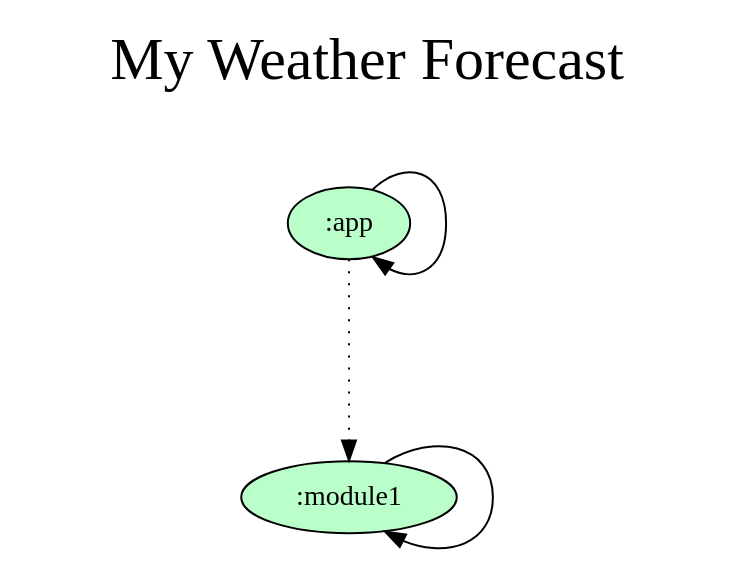
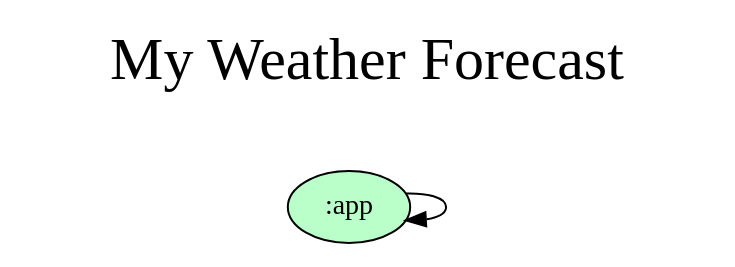
The diagram in gradle/dependency-graph/project.dot (orogersilva/myweatherforecast), drawn with Graphviz before and after one commit. The commit also changed 1 other file, not shown here.

Commit message:
docs: Updating dependency graph

```diff
--- a/gradle/dependency-graph/project.dot
+++ b/gradle/dependency-graph/project.dot
@@ -1,18 +1,15 @@
 digraph {
   graph [label="My Weather Forecast\n ",labelloc=t,fontsize=30,ranksep=1.4];
   node [style=filled, fillcolor="#bbbbbb"];
   rankdir=TB;
 
   # Projects
 
   ":app" [fillcolor="#baffc9"];
-  ":module1" [fillcolor="#baffc9"];
 
   {rank = same;}
 
   # Dependencies
 
   ":app" -> ":app"
-  ":app" -> ":module1" [style=dotted]
-  ":module1" -> ":module1"
 }
```
